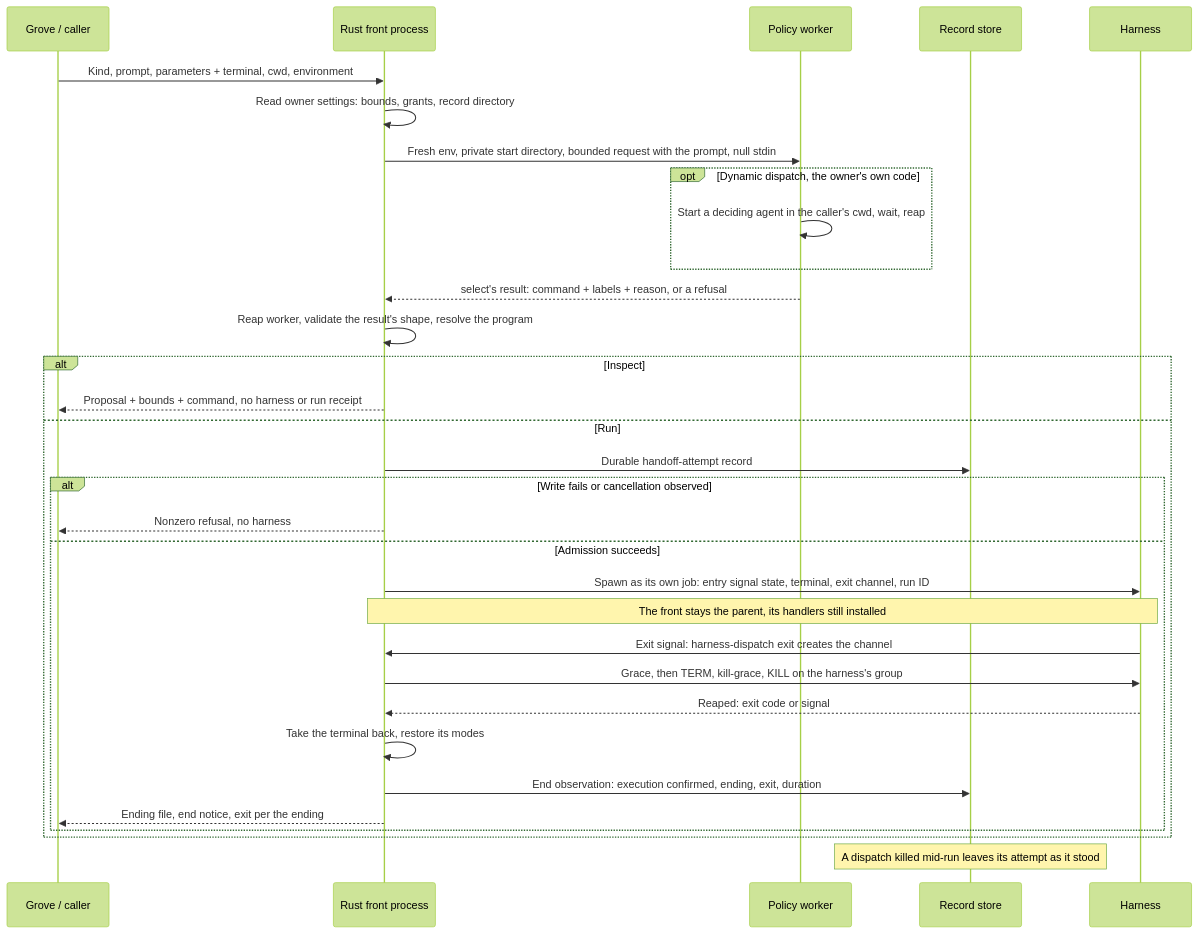
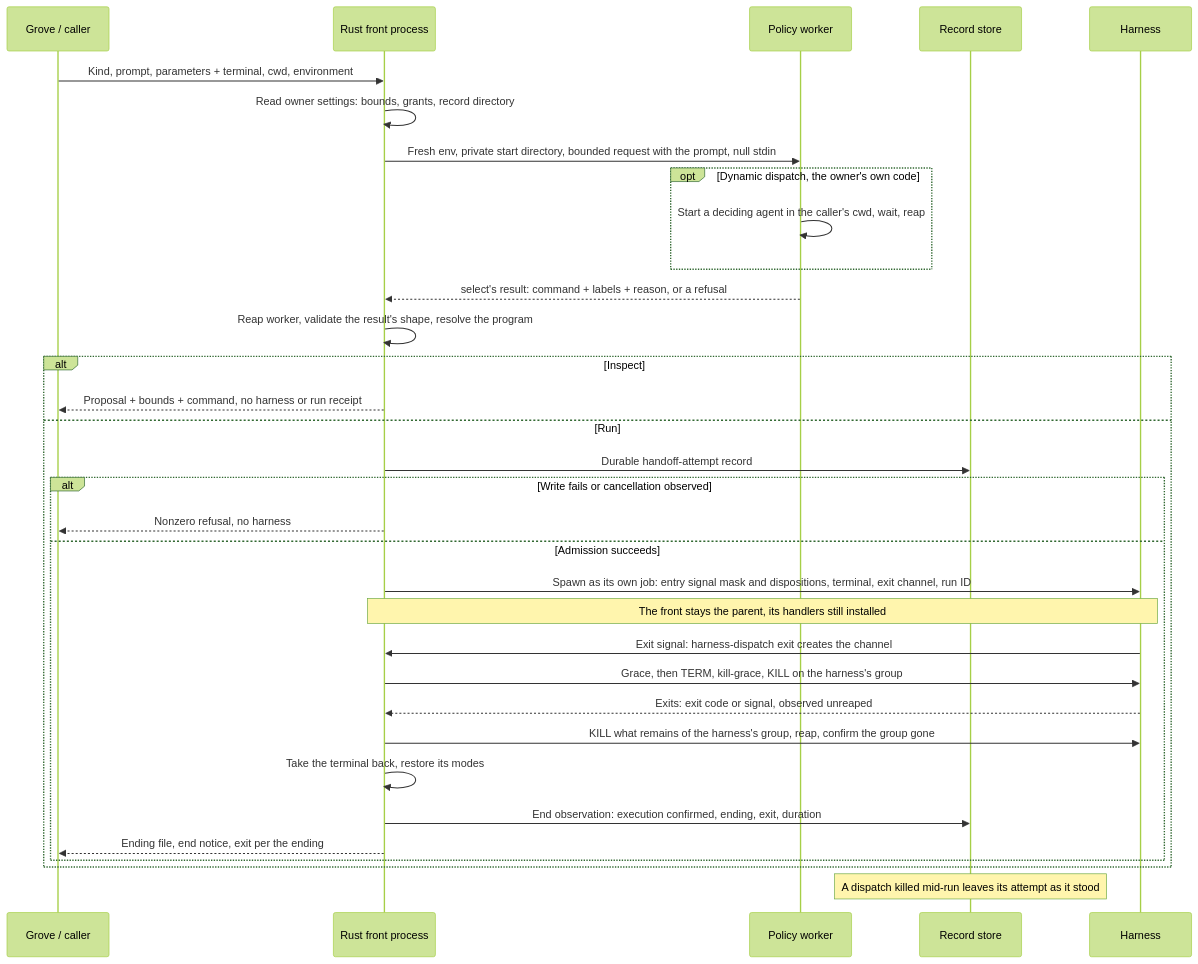
The diagram in docs/design/harness-selection-and-execution/handoff.mmd (Linkuistics/grove), drawn with Mermaid (forest theme) before and after one commit. The commit also changed 14 other files, not shown here.

```diff
--- a/docs/design/harness-selection-and-execution/handoff.mmd
+++ b/docs/design/harness-selection-and-execution/handoff.mmd
@@ -1,32 +1,33 @@
 sequenceDiagram
   participant G as Grove / caller
   participant R as Rust front process
   participant W as Policy worker
   participant D as Record store
   participant H as Harness
   G->>R: Kind, prompt, parameters + terminal, cwd, environment
   R->>R: Read owner settings: bounds, grants, record directory
   R->>W: Fresh env, private start directory, bounded request with the prompt, null stdin
   opt Dynamic dispatch, the owner's own code
     W->>W: Start a deciding agent in the caller's cwd, wait, reap
   end
   W-->>R: select's result: command + labels + reason, or a refusal
   R->>R: Reap worker, validate the result's shape, resolve the program
   alt Inspect
     R-->>G: Proposal + bounds + command, no harness or run receipt
   else Run
     R->>D: Durable handoff-attempt record
     alt Write fails or cancellation observed
       R-->>G: Nonzero refusal, no harness
     else Admission succeeds
-      R->>H: Spawn as its own job: entry signal state, terminal, exit channel, run ID
+      R->>H: Spawn as its own job: entry signal mask and dispositions, terminal, exit channel, run ID
       Note over R,H: The front stays the parent, its handlers still installed
       H->>R: Exit signal: harness-dispatch exit creates the channel
       R->>H: Grace, then TERM, kill-grace, KILL on the harness's group
-      H-->>R: Reaped: exit code or signal
+      H-->>R: Exits: exit code or signal, observed unreaped
+      R->>H: KILL what remains of the harness's group, reap, confirm the group gone
       R->>R: Take the terminal back, restore its modes
       R->>D: End observation: execution confirmed, ending, exit, duration
       R-->>G: Ending file, end notice, exit per the ending
     end
   end
   Note over D: A dispatch killed mid-run leaves its attempt as it stood
```
